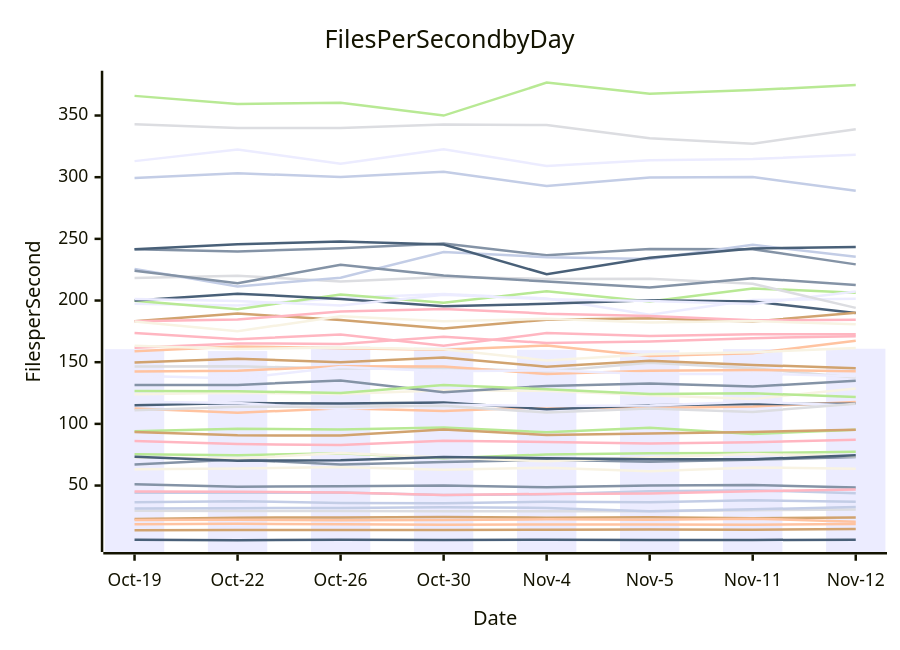
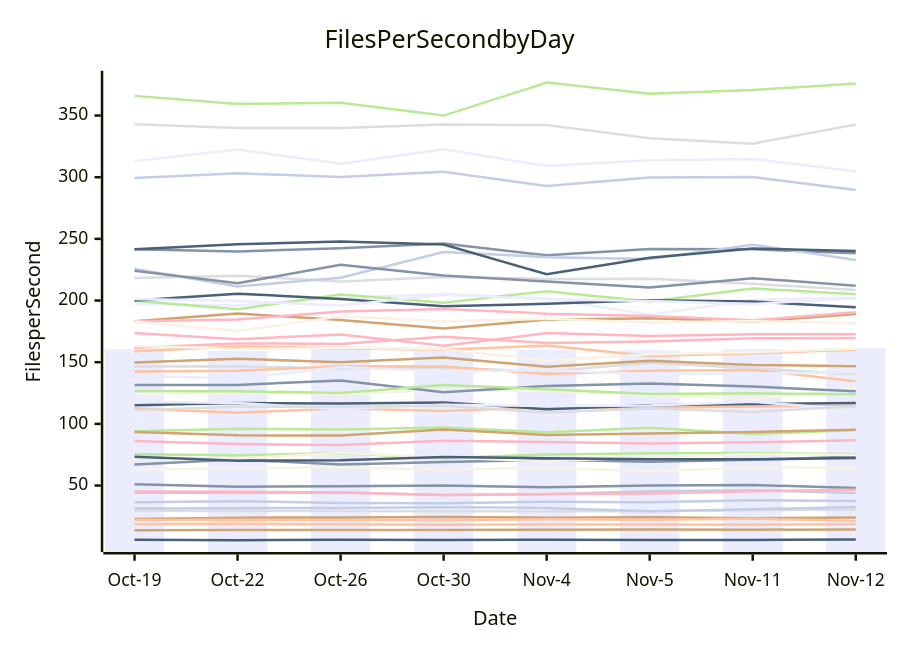
The diagram in perf-report.md (streetsidesoftware/cspell), drawn with Mermaid before and after one commit. The commit also changed other lines of this file and 1 other file, not shown here.

````diff
--- a/perf-report.md
+++ b/perf-report.md
@@ -10,57 +10,57 @@
 ```mermaid
 xychart-beta
     title Files Per Second by Day
     y-axis Files per Second
     x-axis Date [Oct-19, Oct-22, Oct-26, Oct-30, Nov-4, Nov-5, Nov-11, Nov-12]
-    bar [160.58, 159.03, 162.88, 161.94, 160.02, 159.72, 160.65, 160.92]
-    line [50.97, 49.03, 49.37, 49.99, 48.68, 50.03, 50.42, 48.39]
-    line [112.56, 109.04, 112.63, 110.40, 113.53, 112.85, 114.15, 117.72]
-    line [146.50, 146.67, 144.85, 145.45, 142.42, 149.63, 145.08, 137.59]
-    line [93.97, 96.00, 95.45, 97.05, 93.17, 96.79, 91.80, 95.26]
-    line [22.78, 23.92, 24.17, 24.43, 23.95, 24.20, 23.49, 24.01]
-    line [36.49, 37.33, 35.82, 35.71, 36.86, 36.50, 38.05, 36.87]
-    line [161.71, 165.23, 164.80, 170.61, 165.61, 166.70, 169.45, 171.14]
-    line [6.02, 5.75, 6.03, 5.80, 6.05, 5.91, 5.92, 6.03]
-    line [63.29, 63.79, 65.07, 62.75, 64.51, 61.69, 64.67, 63.61]
-    line [197.32, 196.05, 201.96, 205.39, 201.71, 188.42, 200.46, 201.35]
-    line [67.05, 71.08, 67.00, 69.09, 70.86, 69.37, 70.88, 73.24]
-    line [18.69, 19.00, 18.63, 18.25, 18.44, 18.38, 18.23, 18.77]
-    line [29.58, 29.31, 29.41, 29.14, 29.07, 29.19, 29.96, 30.62]
-    line [75.28, 74.51, 76.18, 72.03, 75.21, 76.09, 76.34, 77.34]
-    line [93.37, 90.70, 90.60, 95.53, 91.04, 92.11, 93.46, 95.32]
-    line [44.15, 44.08, 44.42, 42.24, 42.88, 45.37, 46.20, 43.72]
-    line [173.59, 168.67, 172.42, 163.25, 173.61, 171.18, 172.63, 172.57]
-    line [115.01, 116.88, 116.53, 117.43, 111.89, 115.01, 116.13, 116.23]
-    line [123.99, 125.15, 124.19, 127.28, 126.86, 123.18, 120.25, 128.68]
-    line [118.00, 116.85, 112.16, 115.50, 114.45, 114.87, 117.85, 114.90]
-    line [131.49, 131.59, 135.21, 125.70, 130.73, 132.76, 130.23, 134.91]
-    line [22.11, 22.28, 21.78, 22.12, 22.59, 22.34, 23.16, 20.73]
-    line [342.86, 339.81, 339.82, 342.79, 342.26, 331.64, 327.21, 338.82]
-    line [199.89, 192.85, 204.98, 198.27, 207.58, 199.26, 209.84, 206.34]
-    line [149.81, 152.74, 149.93, 153.73, 146.39, 151.10, 147.79, 145.16]
-    line [299.41, 303.13, 300.22, 304.34, 292.89, 299.81, 300.08, 288.99]
-    line [45.18, 45.07, 44.31, 42.25, 43.22, 43.49, 45.34, 46.71]
-    line [199.93, 205.59, 201.31, 195.27, 197.35, 200.31, 199.19, 189.83]
-    line [72.64, 71.96, 76.44, 72.80, 69.62, 72.93, 75.62, 73.75]
-    line [201.34, 199.55, 196.07, 204.60, 201.12, 199.63, 197.18, 207.32]
-    line [241.48, 239.78, 242.41, 246.20, 236.64, 241.81, 241.59, 229.31]
-    line [158.95, 162.77, 161.40, 160.02, 163.60, 155.05, 157.20, 167.42]
-    line [218.31, 220.10, 215.49, 219.14, 217.54, 217.64, 213.57, 194.06]
-    line [126.74, 126.46, 125.04, 131.49, 128.05, 124.13, 124.73, 121.89]
-    line [183.26, 189.47, 184.23, 177.36, 184.49, 185.72, 182.94, 190.08]
-    line [225.66, 211.47, 218.53, 239.32, 235.17, 233.67, 245.24, 235.41]
-    line [183.18, 184.56, 191.17, 193.23, 189.38, 187.47, 183.93, 184.33]
-    line [73.27, 70.11, 70.57, 73.22, 72.23, 71.32, 71.25, 74.54]
-    line [183.04, 175.20, 187.18, 183.23, 185.22, 182.14, 183.42, 180.73]
-    line [313.03, 322.37, 310.93, 322.55, 309.17, 313.73, 314.69, 318.29]
-    line [224.21, 213.97, 229.01, 220.21, 215.36, 210.66, 218.14, 212.61]
-    line [142.44, 143.06, 146.69, 146.59, 140.40, 143.02, 143.74, 142.69]
-    line [111.02, 113.95, 113.80, 114.69, 109.15, 112.48, 109.72, 116.36]
-    line [365.93, 359.34, 360.33, 349.95, 376.67, 367.68, 370.64, 374.73]
-    line [13.81, 14.01, 14.02, 13.97, 14.18, 14.33, 14.26, 14.76]
-    line [31.44, 31.67, 31.78, 32.41, 31.83, 29.14, 30.76, 32.51]
-    line [86.03, 83.62, 82.78, 86.40, 85.26, 84.18, 85.13, 87.16]
-    line [241.58, 245.56, 247.95, 245.41, 221.31, 234.75, 242.27, 243.38]
-    line [163.29, 160.80, 161.82, 160.48, 151.46, 156.36, 158.02, 161.49]
-    line [139.08, 136.76, 146.14, 142.74, 143.48, 140.52, 140.72, 138.66]
+    bar [160.58, 159.03, 162.88, 161.94, 160.02, 159.72, 160.65, 161.36]
+    line [50.97, 49.03, 49.37, 49.99, 48.68, 50.03, 50.42, 48.06]
+    line [112.56, 109.04, 112.63, 110.40, 113.53, 112.85, 114.15, 114.41]
+    line [146.50, 146.67, 144.85, 145.45, 142.42, 149.63, 145.08, 140.16]
+    line [93.97, 96.00, 95.45, 97.05, 93.17, 96.79, 91.80, 94.96]
+    line [22.78, 23.92, 24.17, 24.43, 23.95, 24.20, 23.49, 24.18]
+    line [36.49, 37.33, 35.82, 35.71, 36.86, 36.50, 38.05, 37.38]
+    line [161.71, 165.23, 164.80, 170.61, 165.61, 166.70, 169.45, 169.63]
+    line [6.02, 5.75, 6.03, 5.80, 6.05, 5.91, 5.92, 6.16]
+    line [63.29, 63.79, 65.07, 62.75, 64.51, 61.69, 64.67, 64.37]
+    line [197.32, 196.05, 201.96, 205.39, 201.71, 188.42, 200.46, 202.24]
+    line [67.05, 71.08, 67.00, 69.09, 70.86, 69.37, 70.88, 73.48]
+    line [18.69, 19.00, 18.63, 18.25, 18.44, 18.38, 18.23, 18.71]
+    line [29.58, 29.31, 29.41, 29.14, 29.07, 29.19, 29.96, 30.46]
+    line [75.28, 74.51, 76.18, 72.03, 75.21, 76.09, 76.34, 75.39]
+    line [93.37, 90.70, 90.60, 95.53, 91.04, 92.11, 93.46, 95.26]
+    line [44.15, 44.08, 44.42, 42.24, 42.88, 45.37, 46.20, 43.95]
+    line [173.59, 168.67, 172.42, 163.25, 173.61, 171.18, 172.63, 172.65]
+    line [115.01, 116.88, 116.53, 117.43, 111.89, 115.01, 116.13, 116.84]
+    line [123.99, 125.15, 124.19, 127.28, 126.86, 123.18, 120.25, 128.87]
+    line [118.00, 116.85, 112.16, 115.50, 114.45, 114.87, 117.85, 111.51]
+    line [131.49, 131.59, 135.21, 125.70, 130.73, 132.76, 130.23, 126.42]
+    line [22.11, 22.28, 21.78, 22.12, 22.59, 22.34, 23.16, 21.16]
+    line [342.86, 339.81, 339.82, 342.79, 342.26, 331.64, 327.21, 342.64]
+    line [199.89, 192.85, 204.98, 198.27, 207.58, 199.26, 209.84, 205.13]
+    line [149.81, 152.74, 149.93, 153.73, 146.39, 151.10, 147.79, 146.76]
+    line [299.41, 303.13, 300.22, 304.34, 292.89, 299.81, 300.08, 289.60]
+    line [45.18, 45.07, 44.31, 42.25, 43.22, 43.49, 45.34, 46.67]
+    line [199.93, 205.59, 201.31, 195.27, 197.35, 200.31, 199.19, 194.52]
+    line [72.64, 71.96, 76.44, 72.80, 69.62, 72.93, 75.62, 74.86]
+    line [201.34, 199.55, 196.07, 204.60, 201.12, 199.63, 197.18, 201.92]
+    line [241.48, 239.78, 242.41, 246.20, 236.64, 241.81, 241.59, 238.24]
+    line [158.95, 162.77, 161.40, 160.02, 163.60, 155.05, 157.20, 160.02]
+    line [218.31, 220.10, 215.49, 219.14, 217.54, 217.64, 213.57, 208.53]
+    line [126.74, 126.46, 125.04, 131.49, 128.05, 124.13, 124.73, 123.93]
+    line [183.26, 189.47, 184.23, 177.36, 184.49, 185.72, 182.94, 188.98]
+    line [225.66, 211.47, 218.53, 239.32, 235.17, 233.67, 245.24, 232.81]
+    line [183.18, 184.56, 191.17, 193.23, 189.38, 187.47, 183.93, 190.44]
+    line [73.27, 70.11, 70.57, 73.22, 72.23, 71.32, 71.25, 72.35]
+    line [183.04, 175.20, 187.18, 183.23, 185.22, 182.14, 183.42, 181.63]
+    line [313.03, 322.37, 310.93, 322.55, 309.17, 313.73, 314.69, 304.78]
+    line [224.21, 213.97, 229.01, 220.21, 215.36, 210.66, 218.14, 212.05]
+    line [142.44, 143.06, 146.69, 146.59, 140.40, 143.02, 143.74, 134.65]
+    line [111.02, 113.95, 113.80, 114.69, 109.15, 112.48, 109.72, 114.08]
+    line [365.93, 359.34, 360.33, 349.95, 376.67, 367.68, 370.64, 375.88]
+    line [13.81, 14.01, 14.02, 13.97, 14.18, 14.33, 14.26, 14.27]
+    line [31.44, 31.67, 31.78, 32.41, 31.83, 29.14, 30.76, 32.60]
+    line [86.03, 83.62, 82.78, 86.40, 85.26, 84.18, 85.13, 86.65]
+    line [241.58, 245.56, 247.95, 245.41, 221.31, 234.75, 242.27, 240.19]
+    line [163.29, 160.80, 161.82, 160.48, 151.46, 156.36, 158.02, 160.99]
+    line [139.08, 136.76, 146.14, 142.74, 143.48, 140.52, 140.72, 142.11]
 ```
````
